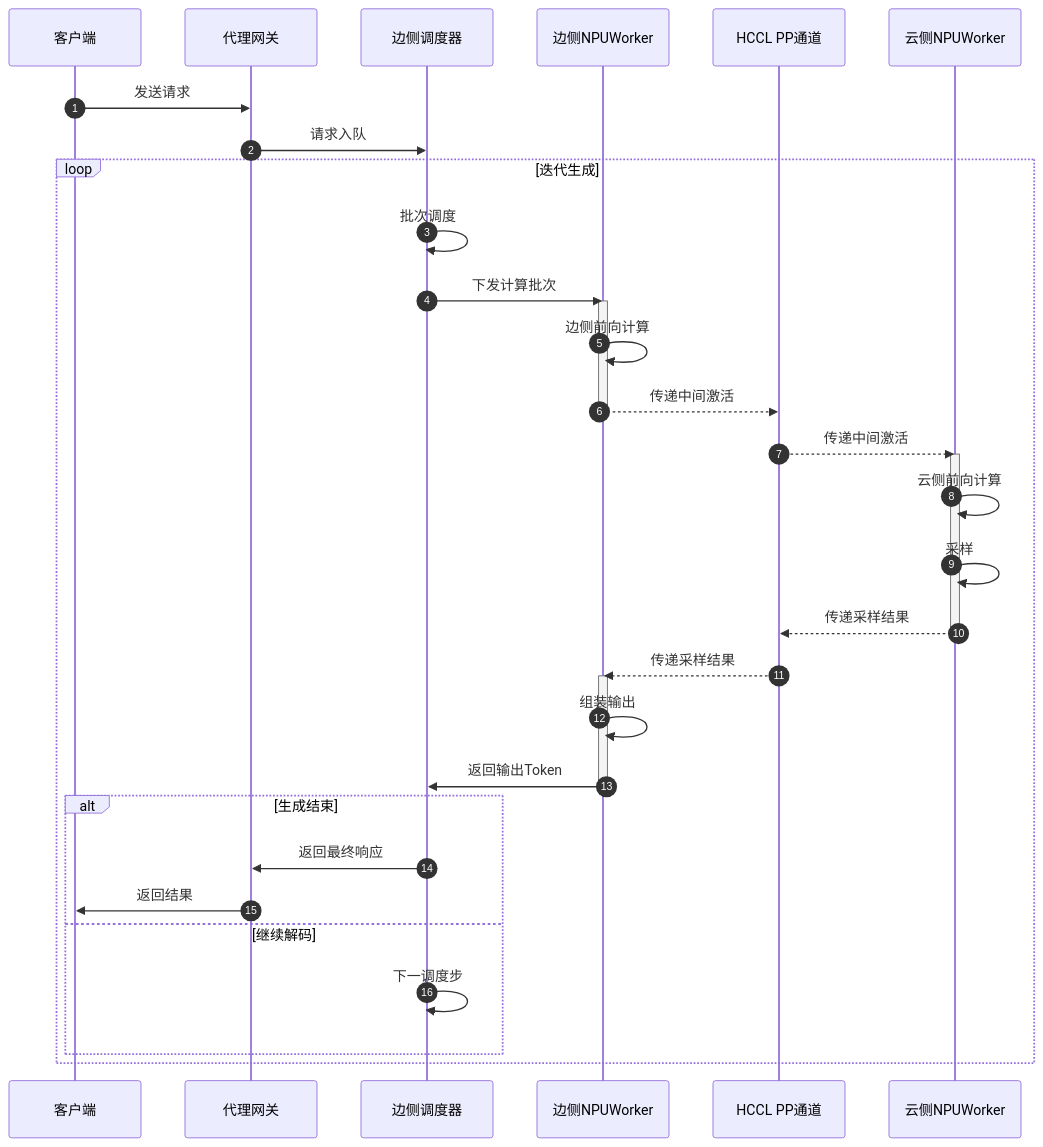
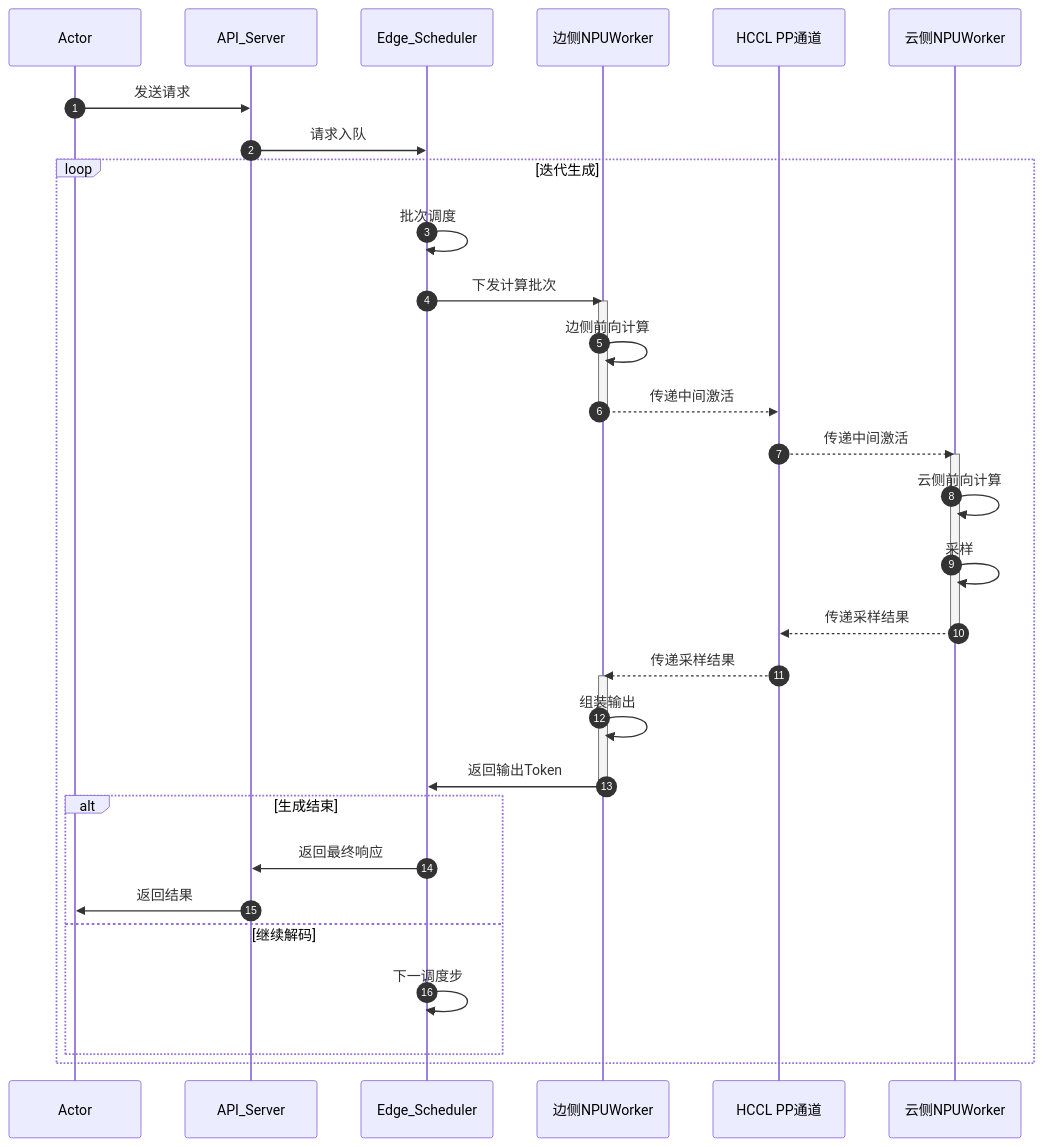
The diagram in docs/edge_cloud_collaboration/edge_cloud_sequence_cn.md (ninahqq/vllm-ascend-deepseekv4_), drawn with Mermaid before and after one commit.

````diff
--- a/docs/edge_cloud_collaboration/edge_cloud_sequence_cn.md
+++ b/docs/edge_cloud_collaboration/edge_cloud_sequence_cn.md
@@ -1,43 +1,43 @@
 ```mermaid
 sequenceDiagram
     autonumber
-    participant C as 客户端
-    participant P as 代理网关
-    participant ES as 边侧调度器
+    participant C as Actor
+    participant P as API_Server
+    participant ES as Edge_Scheduler
     participant EW as 边侧NPUWorker
     participant HCCL as HCCL PP通道
     participant CW as 云侧NPUWorker
 
     C->>P: 发送请求
     P->>ES: 请求入队
 
     loop 迭代生成
         ES->>ES: 批次调度
         ES->>EW: 下发计算批次
 
         activate EW
         EW->>EW: 边侧前向计算
         EW-->>HCCL: 传递中间激活
         deactivate EW
 
         HCCL-->>CW: 传递中间激活
         activate CW
         CW->>CW: 云侧前向计算
         CW->>CW: 采样
         CW-->>HCCL: 传递采样结果
         deactivate CW
 
         HCCL-->>EW: 传递采样结果
         activate EW
         EW->>EW: 组装输出
         EW->>ES: 返回输出Token
         deactivate EW
 
         alt 生成结束
             ES->>P: 返回最终响应
             P->>C: 返回结果
         else 继续解码
             ES->>ES: 下一调度步
         end
     end
 ```
````
